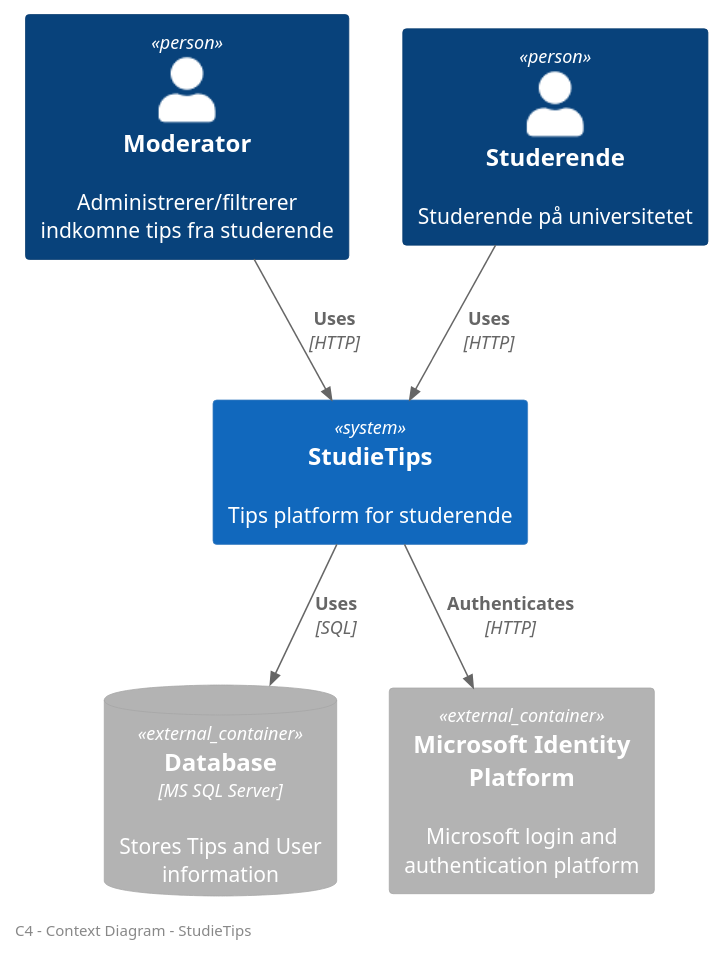
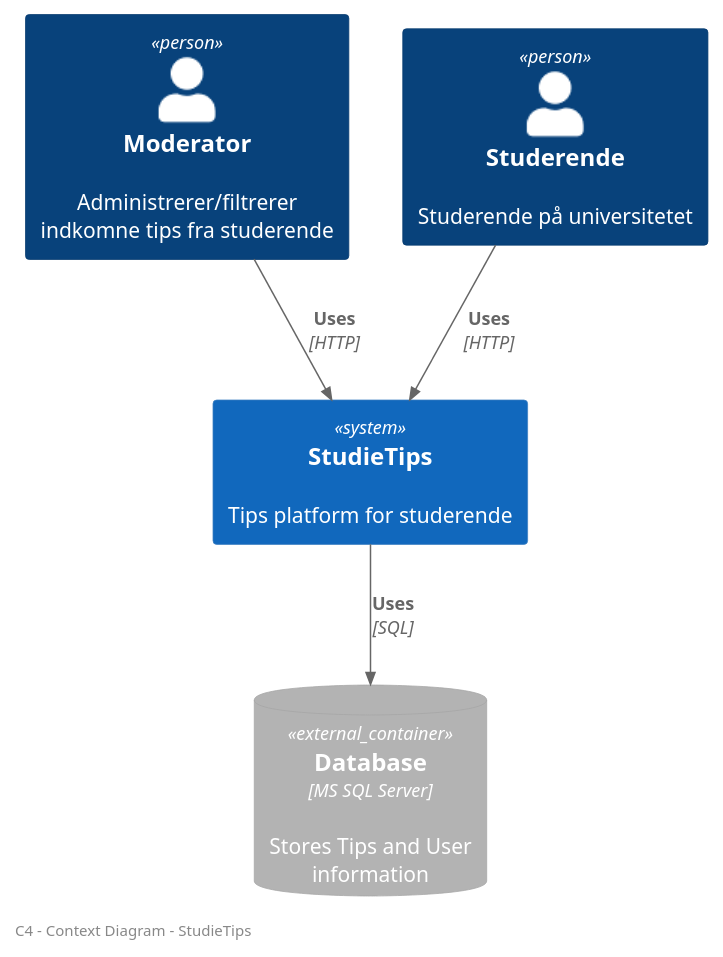
The diagram in C4/C4-Level1/context.puml (I4PRJ4/I4PRJ4-plantuml), drawn with PlantUML before and after one commit. The commit also changed 1 other file, not shown here.

Commit message:
updated to exclude microsoft identity

```diff
--- a/C4/C4-Level1/context.puml
+++ b/C4/C4-Level1/context.puml
@@ -1,19 +1,18 @@
 @startuml System Context Diagram
 !include <C4/C4_Container>
 
 left footer C4 - Context Diagram - StudieTips
 
 Person(mod, "Moderator", "Administrerer/filtrerer indkomne tips fra studerende")
 Person(student, "Studerende", "Studerende på universitetet")
 
 System(StudieTips, "StudieTips", "Tips platform for studerende")
 
 ContainerDb_Ext(Database, "Database","MS SQL Server","Stores Tips and User information")
-Container_Ext(MIP, "Microsoft Identity Platform",,"Microsoft login and authentication platform")
+
 
 Rel(mod, StudieTips, "Uses", "HTTP")
 Rel(student, StudieTips, "Uses", "HTTP")
 Rel(StudieTips, Database, "Uses", "SQL")
-Rel(StudieTips, MIP, "Authenticates", "HTTP")
 
 @enduml
```
